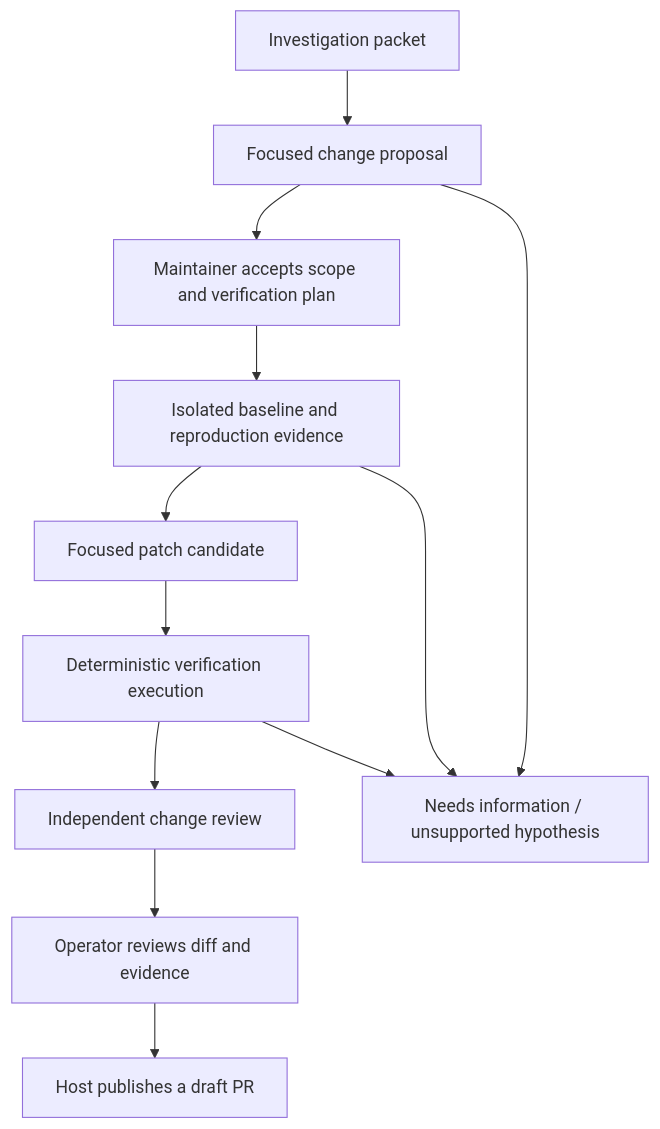
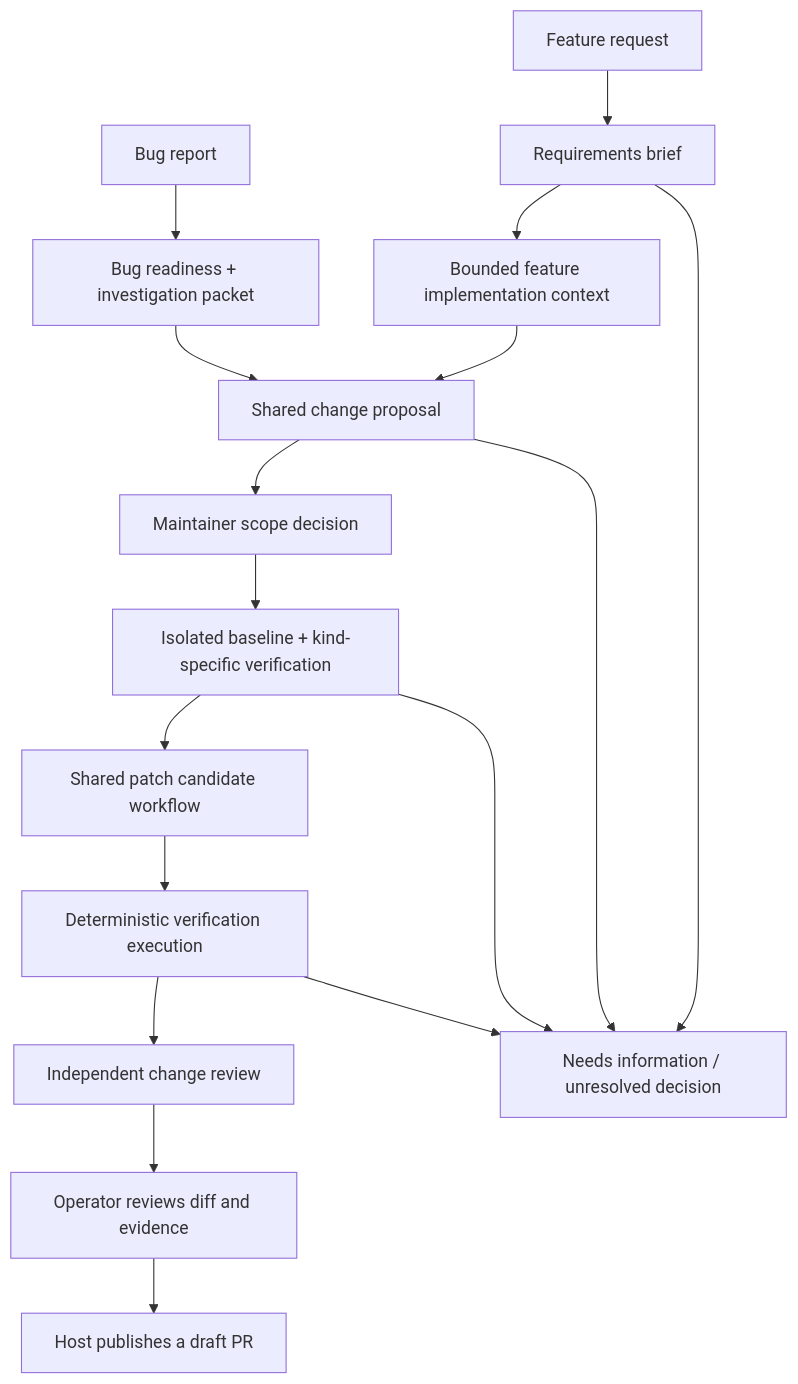
One commit to bketelsen/onionsoup changed the diagram in docs/design/investigation-to-pr.md. Above: the diagram before and after it, drawn with Mermaid. The commit also changed other lines of this file and 6 other files, not shown here.

Commit message:
Plan shared bug and feature workflows from proposal to PR

````diff
--- a/docs/design/investigation-to-pr.md
+++ b/docs/design/investigation-to-pr.md
@@ -25,14 +26,19 @@
 ```mermaid
 flowchart TD
-    Packet[Investigation packet] --> Proposal[Focused change proposal]
-    Proposal --> Review[Maintainer accepts scope and verification plan]
-    Review --> Baseline[Isolated baseline and reproduction evidence]
-    Baseline --> Patch[Focused patch candidate]
+    Bug[Bug report] --> Packet[Bug readiness + investigation packet]
+    Feature[Feature request] --> Requirements[Requirements brief]
+    Requirements --> Context[Bounded feature implementation context]
+    Packet --> Proposal[Shared change proposal]
+    Context --> Proposal
+    Proposal --> Review[Maintainer scope decision]
+    Review --> Baseline[Isolated baseline + kind-specific verification]
+    Baseline --> Patch[Shared patch candidate workflow]
     Patch --> Verify[Deterministic verification execution]
     Verify --> Critique[Independent change review]
     Critique --> Approval[Operator reviews diff and evidence]
     Approval --> Publish[Host publishes a draft PR]
-    Proposal --> Stop[Needs information / unsupported hypothesis]
+    Requirements --> Stop[Needs information / unresolved decision]
+    Proposal --> Stop
     Baseline --> Stop
     Verify --> Stop
 ```
````
